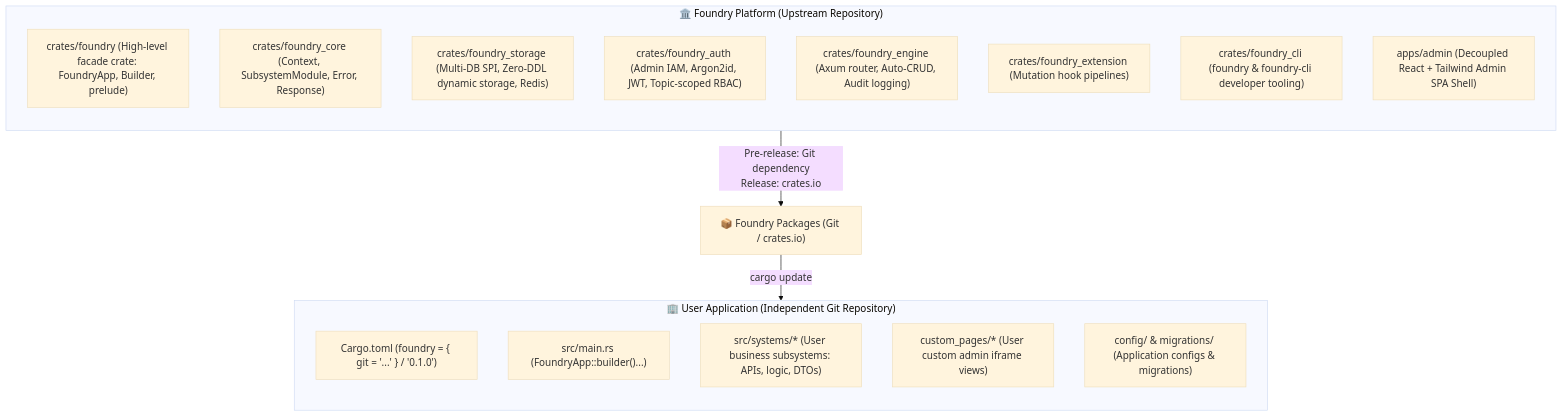
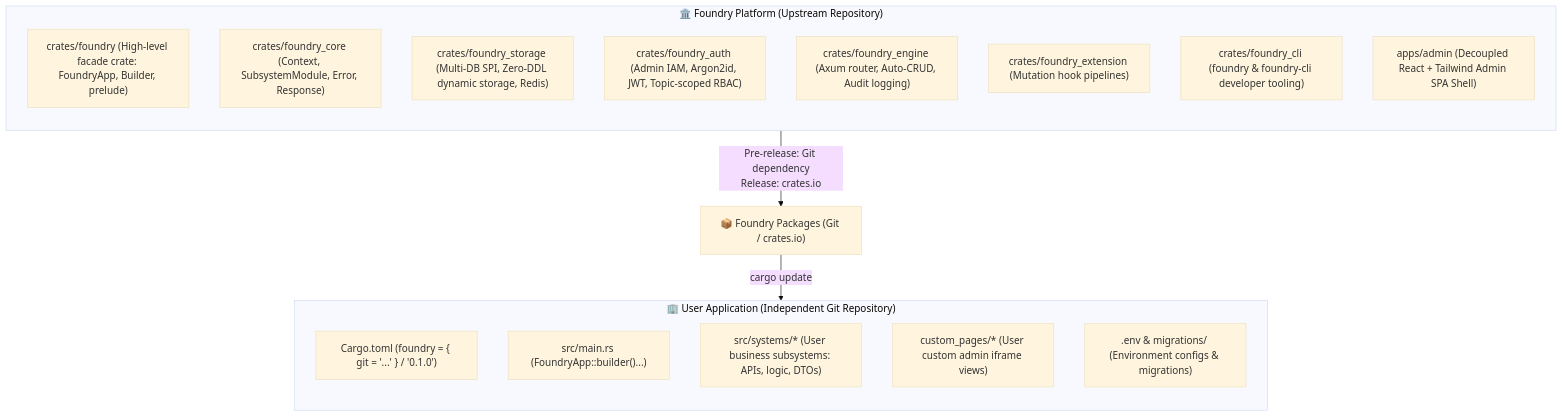
One commit to FoundKit/foundry changed the first of 2 diagrams in docs/src/content/docs/architecture/blueprint.md. Above: the diagram before and after it, drawn with Mermaid (base theme). The commit also changed 5 other files, not shown here.

First line of the commit message:
feat: 使用 .env 替代 config 目录

````diff
--- a/docs/src/content/docs/architecture/blueprint.md
+++ b/docs/src/content/docs/architecture/blueprint.md
@@ -20,27 +20,27 @@
 ```mermaid
 flowchart TD
     subgraph FrameworkRepo["🏛️ Foundry Platform (Upstream Repository)"]
         direction TB
         F_Facade["crates/foundry (High-level facade crate: FoundryApp, Builder, prelude)"]
         F_Core["crates/foundry_core (Context, SubsystemModule, Error, Response)"]
         F_Storage["crates/foundry_storage (Multi-DB SPI, Zero-DDL dynamic storage, Redis)"]
         F_Auth["crates/foundry_auth (Admin IAM, Argon2id, JWT, Topic-scoped RBAC)"]
         F_Engine["crates/foundry_engine (Axum router, Auto-CRUD, Audit logging)"]
         F_Ext["crates/foundry_extension (Mutation hook pipelines)"]
         F_CLI["crates/foundry_cli (foundry & foundry-cli developer tooling)"]
         F_Admin["apps/admin (Decoupled React + Tailwind Admin SPA Shell)"]
     end
 
     FrameworkRepo -->|"Pre-release: Git dependency<br/>Release: crates.io"| CratesIO["📦 Foundry Packages (Git / crates.io)"]
 
     subgraph UserApp["🏢 User Application (Independent Git Repository)"]
         direction TB
         App_Cargo["Cargo.toml (foundry = { git = '...' } / '0.1.0')"]
         App_Main["src/main.rs (FoundryApp::builder()...)"]
         App_Systems["src/systems/* (User business subsystems: APIs, logic, DTOs)"]
         App_Admin["custom_pages/* (User custom admin iframe views)"]
-        App_Config["config/ & migrations/ (Application configs & migrations)"]
+        App_Config[".env & migrations/ (Environment configs & migrations)"]
     end
 
     CratesIO -->|"cargo update"| UserApp
 ```
````
